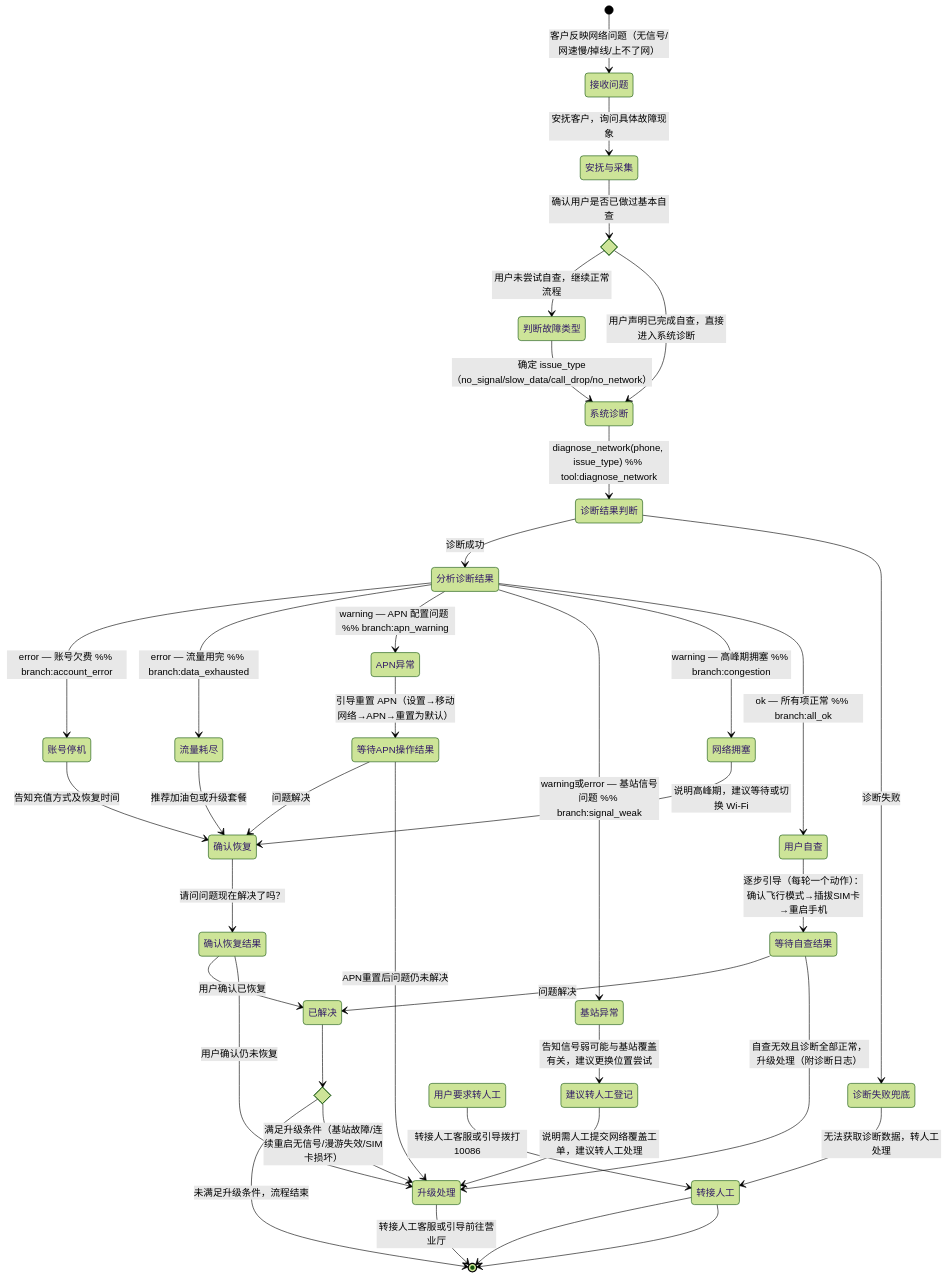
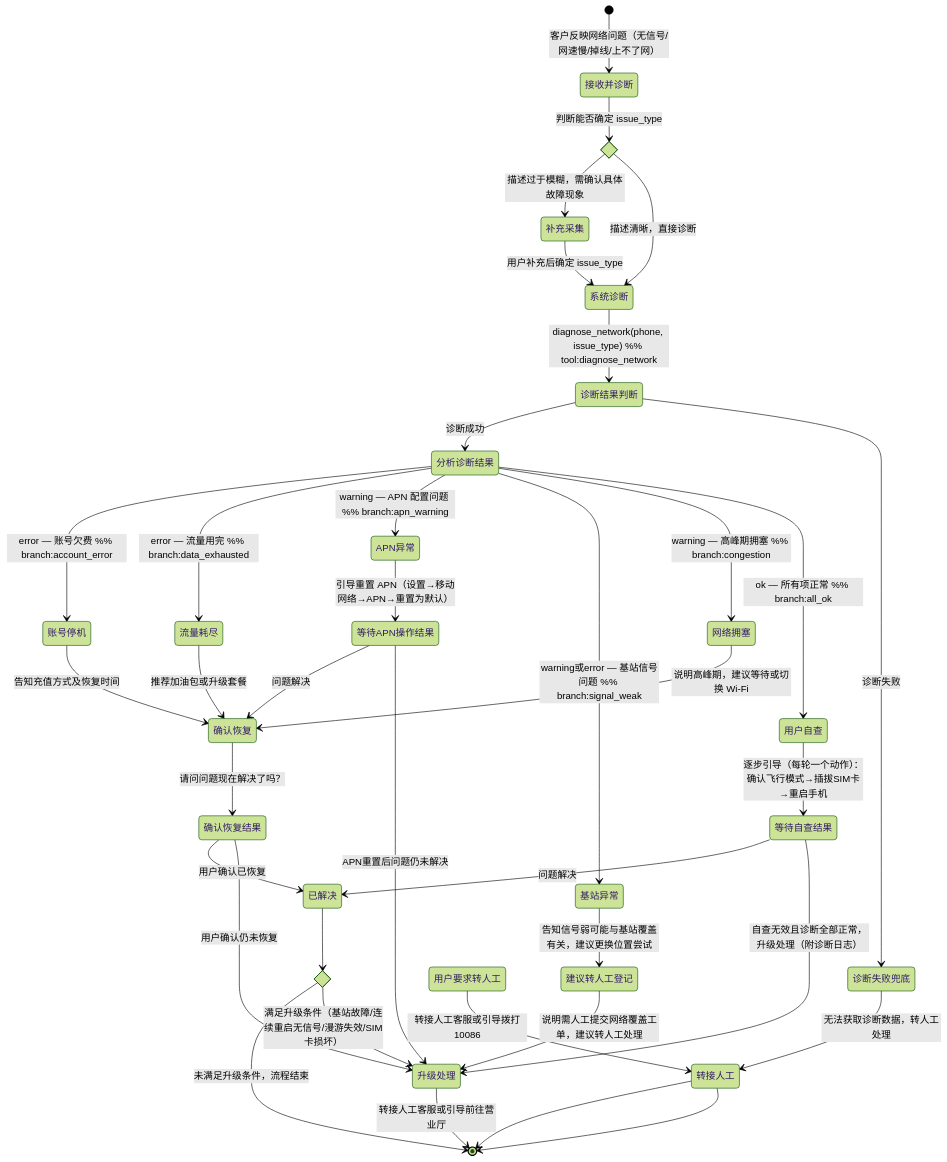
The diagram in backend/skills/.versions/fault-diagnosis/v1/SKILL.md (cacling/ai-bot), drawn with Mermaid (forest theme) before and after one commit. The commit also changed other lines of this file and 49 other files, not shown here.

````diff
--- a/backend/skills/.versions/fault-diagnosis/v1/SKILL.md
+++ b/backend/skills/.versions/fault-diagnosis/v1/SKILL.md
@@ -141,59 +134,58 @@
 ```mermaid
 stateDiagram-v2
-    [*] --> 接收问题: 客户反映网络问题（无信号/网速慢/掉线/上不了网）
-    接收问题 --> 安抚与采集: 安抚客户，询问具体故障现象
+    [*] --> 接收并诊断: 客户反映网络问题（无信号/网速慢/掉线/上不了网）
 
-    state 已尝试自查 <<choice>>
-    安抚与采集 --> 已尝试自查: 确认用户是否已做过基本自查
-    已尝试自查 --> 判断故障类型: 用户未尝试自查，继续正常流程
-    已尝试自查 --> 系统诊断: 用户声明已完成自查，直接进入系统诊断
+    state 描述是否清晰 <<choice>>
+    接收并诊断 --> 描述是否清晰: 判断能否确定 issue_type
+    描述是否清晰 --> 补充采集: 描述过于模糊，需确认具体故障现象
+    描述是否清晰 --> 系统诊断: 描述清晰，直接诊断
 
-    判断故障类型 --> 系统诊断: 确定 issue_type（no_signal/slow_data/call_drop/no_network）
+    补充采集 --> 系统诊断: 用户补充后确定 issue_type
     系统诊断 --> 诊断结果判断: diagnose_network(phone, issue_type) %% tool:diagnose_network
 
     state 诊断结果判断 <<choice>>
     诊断结果判断 --> 分析诊断结果: 诊断成功
     诊断结果判断 --> 诊断失败兜底: 诊断失败
 
     诊断失败兜底 --> 转接人工: 无法获取诊断数据，转人工处理
     转接人工 --> [*]
 
     state 分析诊断结果 <<choice>>
     分析诊断结果 --> 账号停机: error — 账号欠费 %% branch:account_error
     分析诊断结果 --> 流量耗尽: error — 流量用完 %% branch:data_exhausted
     分析诊断结果 --> APN异常: warning — APN 配置问题 %% branch:apn_warning
     分析诊断结果 --> 基站异常: warning或error — 基站信号问题 %% branch:signal_weak
     分析诊断结果 --> 网络拥塞: warning — 高峰期拥塞 %% branch:congestion
     分析诊断结果 --> 用户自查: ok — 所有项正常 %% branch:all_ok
 
     账号停机 --> 确认恢复: 告知充值方式及恢复时间
     流量耗尽 --> 确认恢复: 推荐加油包或升级套餐
     网络拥塞 --> 确认恢复: 说明高峰期，建议等待或切换 Wi-Fi
 
     APN异常 --> 等待APN操作结果: 引导重置 APN（设置→移动网络→APN→重置为默认）
     state 等待APN操作结果 <<choice>>
     等待APN操作结果 --> 确认恢复: 问题解决
     等待APN操作结果 --> 升级处理: APN重置后问题仍未解决
 
     基站异常 --> 建议转人工登记: 告知信号弱可能与基站覆盖有关，建议更换位置尝试
     建议转人工登记 --> 升级处理: 说明需人工提交网络覆盖工单，建议转人工处理
 
     确认恢复 --> 确认恢复结果: 请问问题现在解决了吗？
     state 确认恢复结果 <<choice>>
     确认恢复结果 --> 已解决: 用户确认已恢复
     确认恢复结果 --> 升级处理: 用户确认仍未恢复
 
     用户自查 --> 等待自查结果: 逐步引导（每轮一个动作）：确认飞行模式→插拔SIM卡→重启手机
     state 等待自查结果 <<choice>>
     等待自查结果 --> 已解决: 问题解决
     等待自查结果 --> 升级处理: 自查无效且诊断全部正常，升级处理（附诊断日志）
 
     state 升级判断 <<choice>>
     已解决 --> 升级判断
     升级判断 --> [*]: 未满足升级条件，流程结束
     升级判断 --> 升级处理: 满足升级条件（基站故障/连续重启无信号/漫游失效/SIM卡损坏）
     升级处理 --> [*]: 转接人工客服或引导前往营业厅
 
     用户要求转人工 --> 转接人工: 转接人工客服或引导拨打10086
     转接人工 --> [*]
 ```
````
